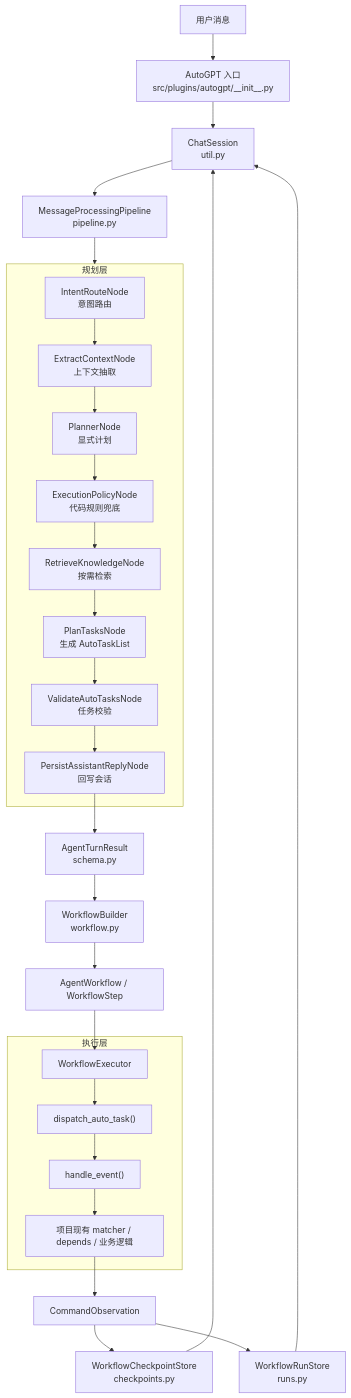
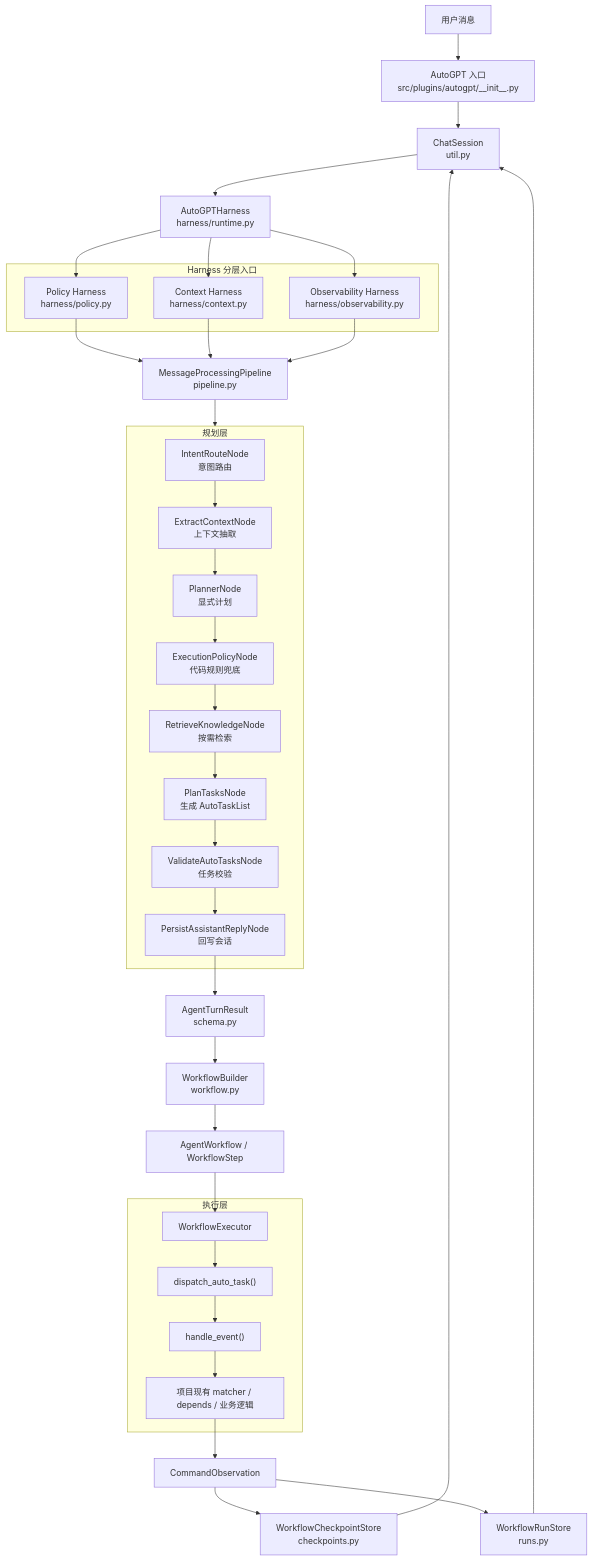
One commit to ClassRobot/ClassRobot changed the first of 11 diagrams in src/plugins/autogpt/README.md. Above: the diagram before and after it, drawn with Mermaid. The commit also changed other lines of this file and 56 other files, not shown here.

````diff
--- a/src/plugins/autogpt/README.md
+++ b/src/plugins/autogpt/README.md
@@ -48,38 +83,51 @@
 ```mermaid
 flowchart TD
     User["用户消息"] --> Entry["AutoGPT 入口\nsrc/plugins/autogpt/__init__.py"]
     Entry --> Session["ChatSession\nutil.py"]
-    Session --> Pipeline["MessageProcessingPipeline\npipeline.py"]
+    Session --> Harness["AutoGPTHarness\nharness/runtime.py"]
+
+    subgraph HarnessLayers["Harness 分层入口"]
+        PolicyHarness["Policy Harness\nharness/policy.py"]
+        ContextHarness["Context Harness\nharness/context.py"]
+        ObserveHarness["Observability Harness\nharness/observability.py"]
+    end
+
+    Harness --> PolicyHarness
+    Harness --> ContextHarness
+    Harness --> ObserveHarness
+    PolicyHarness --> Pipeline["MessageProcessingPipeline\npipeline.py"]
+    ContextHarness --> Pipeline
+    ObserveHarness --> Pipeline
 
     subgraph Planning["规划层"]
         Router["IntentRouteNode\n意图路由"]
         Extract["ExtractContextNode\n上下文抽取"]
         Planner["PlannerNode\n显式计划"]
         Policy["ExecutionPolicyNode\n代码规则兜底"]
         Rag["RetrieveKnowledgeNode\n按需检索"]
         Tasker["PlanTasksNode\n生成 AutoTaskList"]
         Validate["ValidateAutoTasksNode\n任务校验"]
         Persist["PersistAssistantReplyNode\n回写会话"]
         Router --> Extract --> Planner --> Policy --> Rag --> Tasker --> Validate --> Persist
     end
 
     Pipeline --> Planning
     Persist --> TurnResult["AgentTurnResult\nschema.py"]
     TurnResult --> Builder["WorkflowBuilder\nworkflow.py"]
     Builder --> Workflow["AgentWorkflow / WorkflowStep"]
 
     subgraph Execution["执行层"]
         Executor["WorkflowExecutor"]
         Dispatch["dispatch_auto_task()"]
         Handle["handle_event()"]
         Matchers["项目现有 matcher / depends / 业务逻辑"]
         Executor --> Dispatch --> Handle --> Matchers
     end
 
     Workflow --> Executor
     Matchers --> Observe["CommandObservation"]
     Observe --> Checkpoint["WorkflowCheckpointStore\ncheckpoints.py"]
     Observe --> RunStore["WorkflowRunStore\nruns.py"]
     Checkpoint --> Session
     RunStore --> Session
 ```
````
